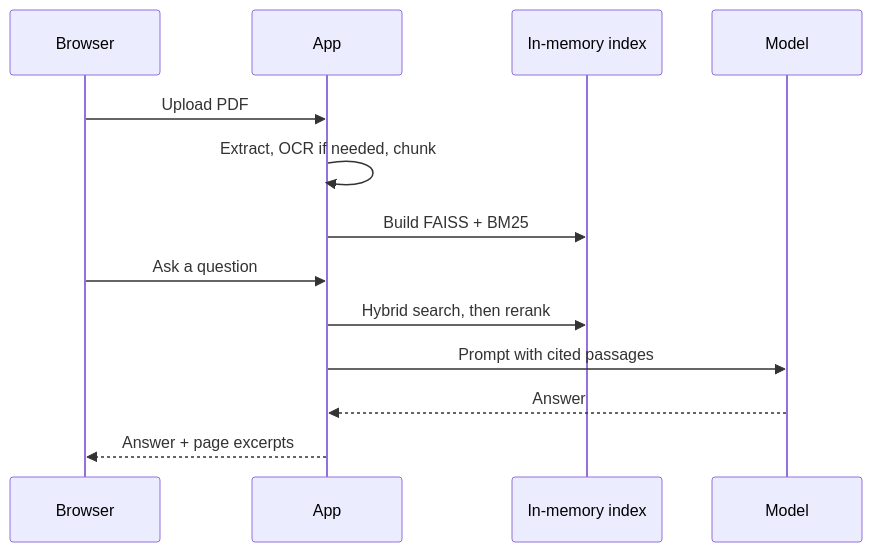
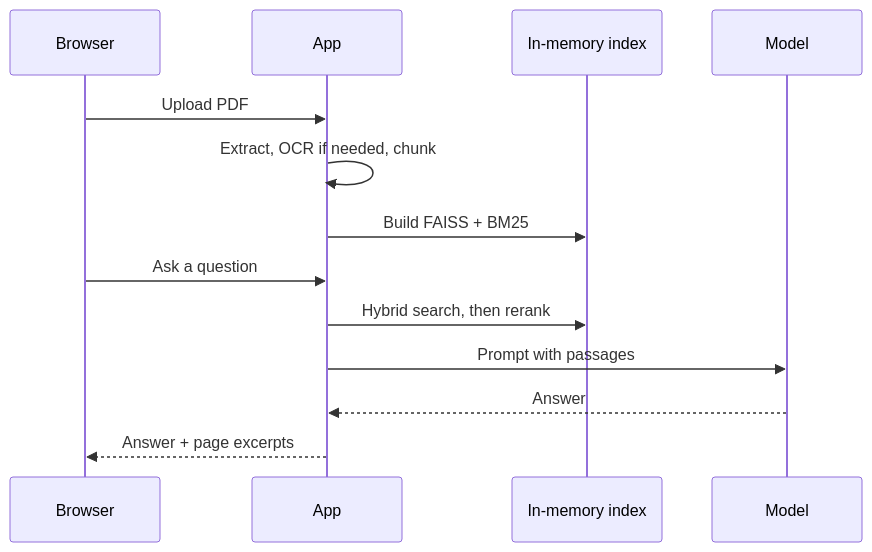
One commit to RoxanaTapia/ai-doc-to-chat-pipeline changed the second of 3 diagrams in docs/README.md. Above: the diagram before and after it, drawn with Mermaid. The commit also changed other lines of this file and 12 other files, not shown here.

````diff
--- a/docs/README.md
+++ b/docs/README.md
@@ -63,16 +78,16 @@
 ```mermaid
 sequenceDiagram
   participant U as Browser
   participant S as App
   participant I as In-memory index
   participant M as Model
 
   U->>S: Upload PDF
   S->>S: Extract, OCR if needed, chunk
   S->>I: Build FAISS + BM25
   U->>S: Ask a question
   S->>I: Hybrid search, then rerank
-  S->>M: Prompt with cited passages
+  S->>M: Prompt with passages
   M-->>S: Answer
   S-->>U: Answer + page excerpts
 ```
````
